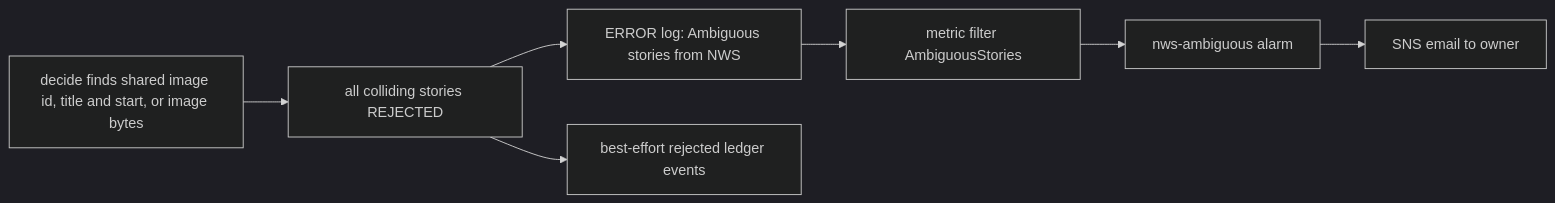
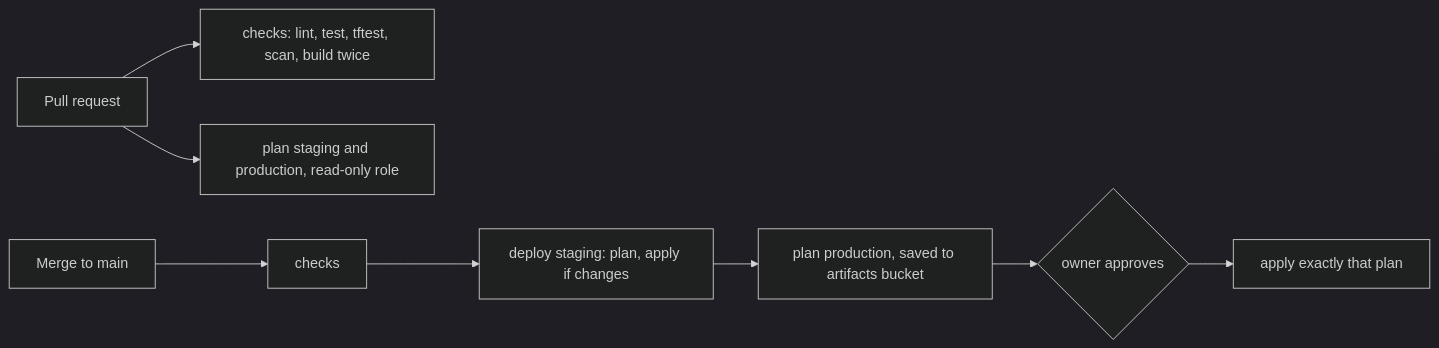
Before and after one commit to hamdrew/weather-story-bot: the third of 3 diagrams in aidlc/spaces/default/codekb/weather-story-bot/architecture.md, drawn with Mermaid (dark theme). The commit also changed other lines of this file and 19 other files, not shown here.

````diff
--- a/aidlc/spaces/default/codekb/weather-story-bot/architecture.md
+++ b/aidlc/spaces/default/codekb/weather-story-bot/architecture.md
@@ -114,9 +110,10 @@
 ```mermaid
 flowchart LR
-    D[decide finds shared image id, title and start, or image bytes] --> R[all colliding stories REJECTED]
-    R --> LOG[ERROR log: Ambiguous stories from NWS]
-    R --> EV[best-effort rejected ledger events]
-    LOG --> MF[metric filter AmbiguousStories]
-    MF --> AL[nws-ambiguous alarm]
-    AL --> SNS[SNS email to owner]
+    PR[Pull request] --> C[checks: lint, test, tftest, scan, build twice]
+    PR --> PL[plan staging and production, read-only role]
+    M[Merge to main] --> C2[checks]
+    C2 --> DS[deploy staging: plan, apply if changes]
+    DS --> PP[plan production, saved to artifacts bucket]
+    PP --> AP{owner approves}
+    AP --> DP[apply exactly that plan]
 ```
````
